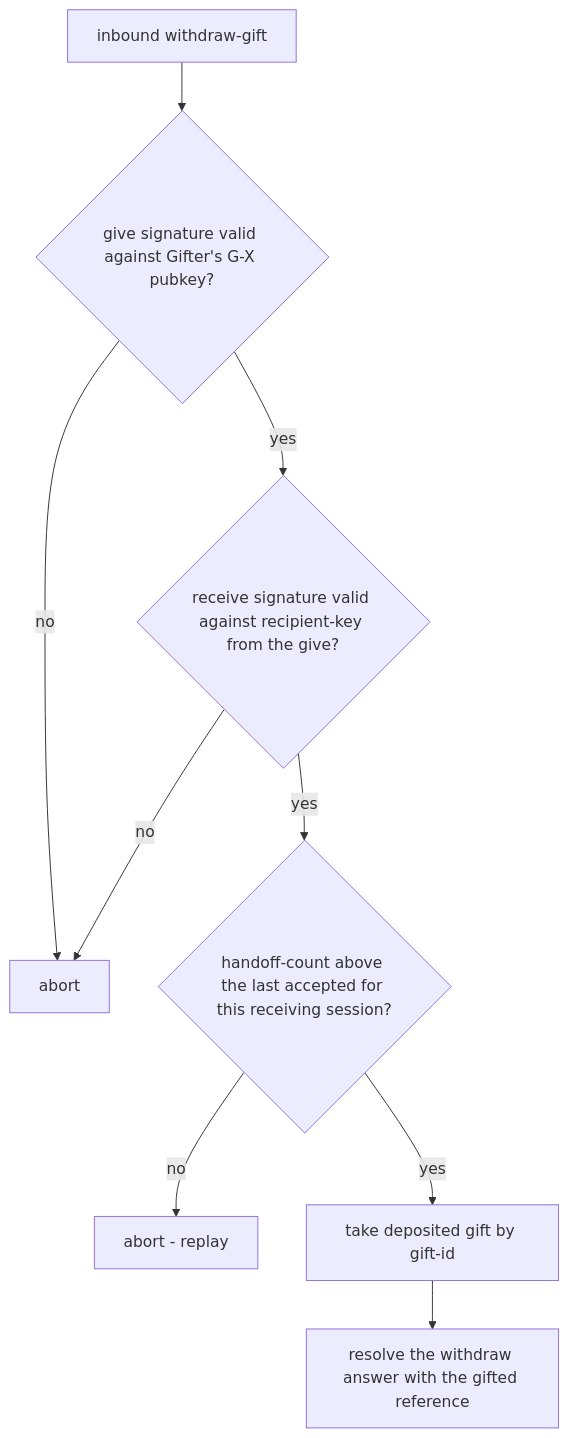
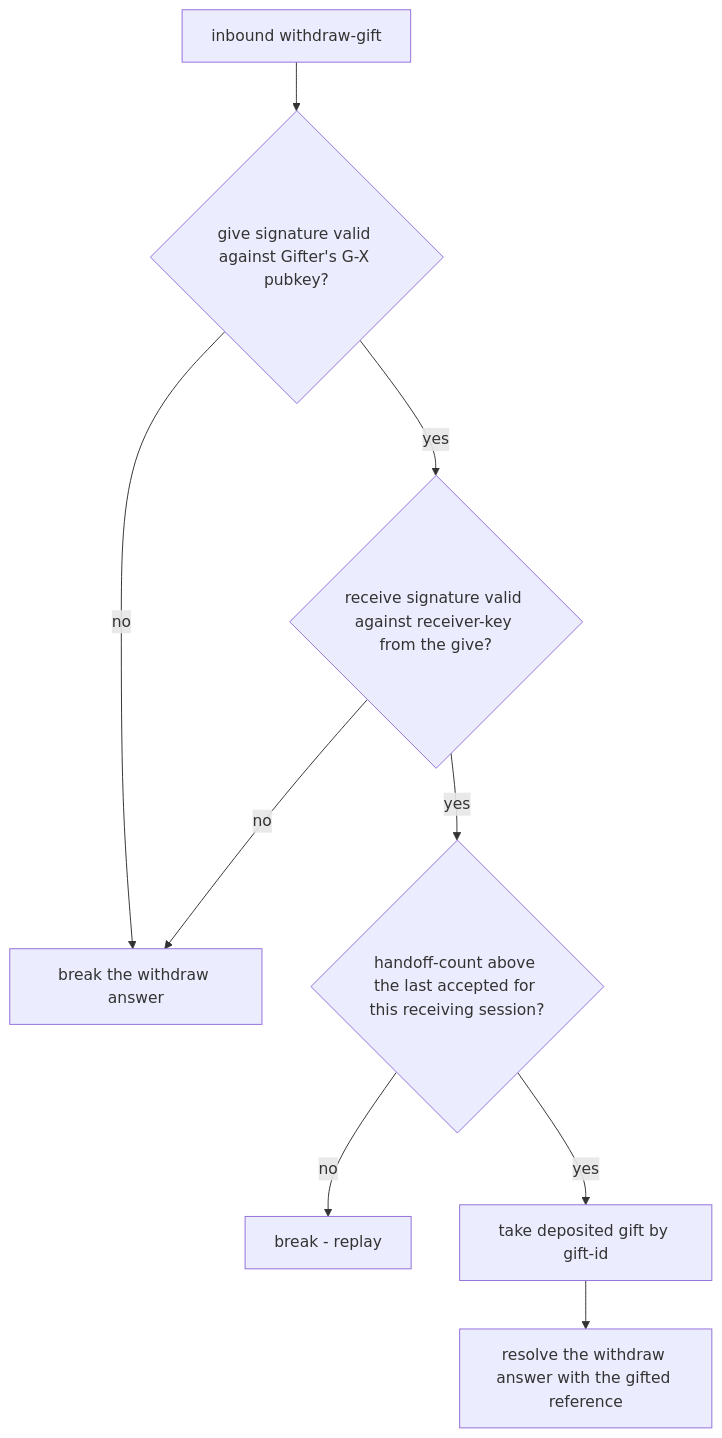
One commit to glowcap-org/glowcap changed the seventh of 8 diagrams in docs/protocol-diagrams/06-handoffs.md. Above: the diagram before and after it, drawn with Mermaid. The commit also changed other lines of this file and 419 other files, not shown here.

````diff
--- a/docs/protocol-diagrams/06-handoffs.md
+++ b/docs/protocol-diagrams/06-handoffs.md
@@ -110,11 +115,11 @@
 ```mermaid
 flowchart TD
     IN["inbound withdraw-gift"] --> S1{"give signature valid against Gifter's G-X pubkey?"}
-    S1 -->|no| AB["abort"]
-    S1 -->|yes| S2{"receive signature valid against recipient-key from the give?"}
-    S2 -->|no| AB
+    S1 -->|no| BK["break the withdraw answer"]
+    S1 -->|yes| S2{"receive signature valid against receiver-key from the give?"}
+    S2 -->|no| BK
     S2 -->|yes| S3{"handoff-count above the last accepted for this receiving session?"}
-    S3 -->|no| AB2["abort - replay"]
+    S3 -->|no| BK2["break - replay"]
     S3 -->|yes| TK["take deposited gift by gift-id"]
     TK --> RES["resolve the withdraw answer with the gifted reference"]
 ```
````
